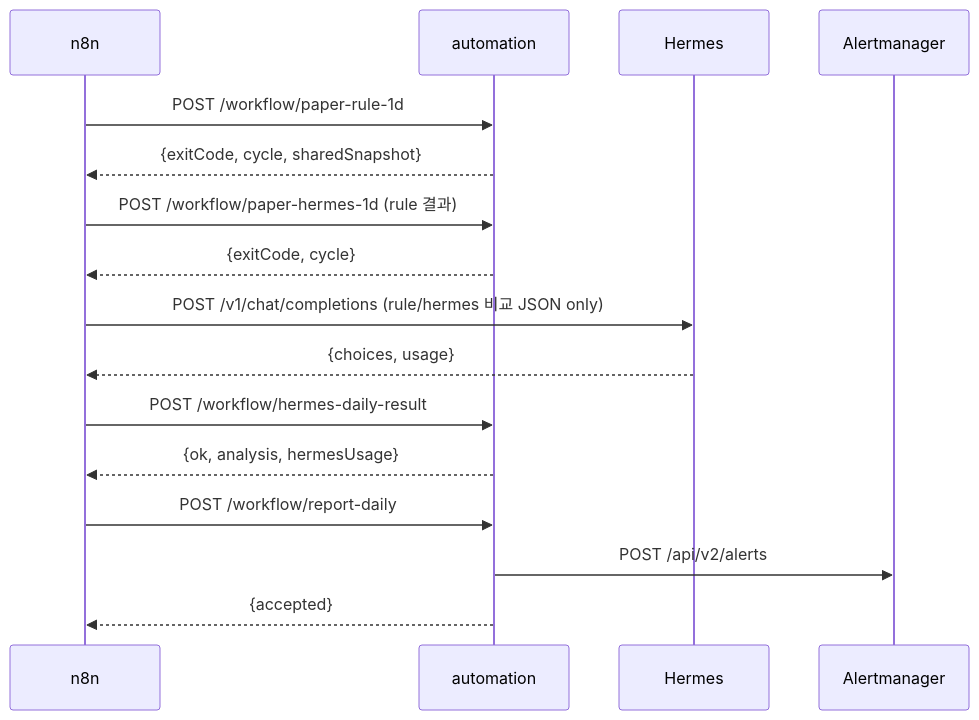
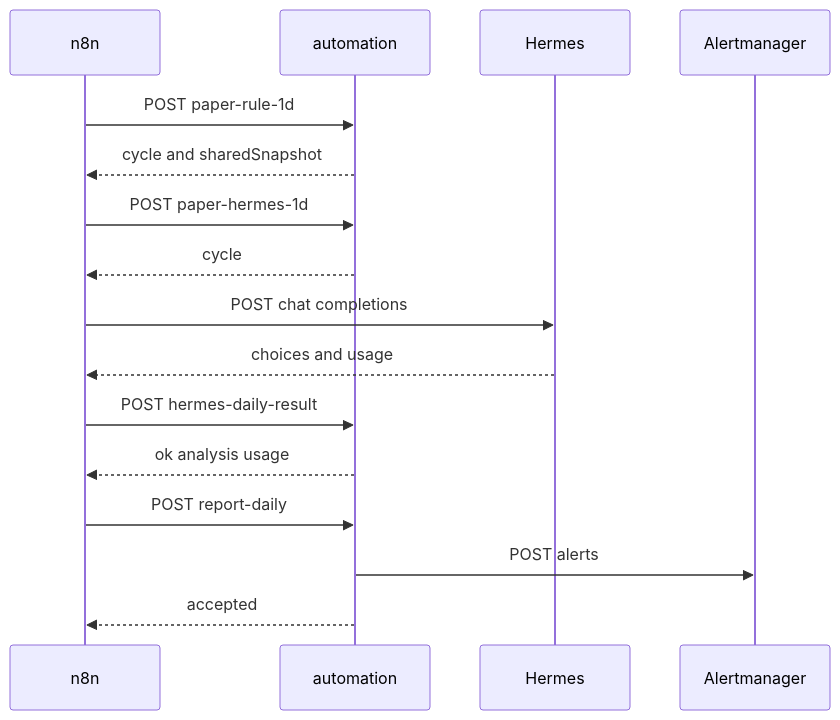
The seventh of 12 diagrams in docs/system-workflow.md (hunchulchoi/toss-trader), drawn with Mermaid before and after one commit. The commit also changed other lines of this file and 12 other files, not shown here.

````diff
--- a/docs/system-workflow.md
+++ b/docs/system-workflow.md
@@ -222,18 +222,18 @@
 ```mermaid
 sequenceDiagram
     participant N as n8n
     participant A as automation
     participant H as Hermes
     participant AM as Alertmanager
-    N->>A: POST /workflow/paper-rule-1d
-    A-->>N: {exitCode, cycle, sharedSnapshot}
-    N->>A: POST /workflow/paper-hermes-1d (rule 결과)
-    A-->>N: {exitCode, cycle}
-    N->>H: POST /v1/chat/completions (rule/hermes 비교 JSON only)
-    H-->>N: {choices, usage}
-    N->>A: POST /workflow/hermes-daily-result
-    A-->>N: {ok, analysis, hermesUsage}
-    N->>A: POST /workflow/report-daily
-    A->>AM: POST /api/v2/alerts
-    A-->>N: {accepted}
+    N->>A: POST paper-rule-1d
+    A-->>N: cycle and sharedSnapshot
+    N->>A: POST paper-hermes-1d
+    A-->>N: cycle
+    N->>H: POST chat completions
+    H-->>N: choices and usage
+    N->>A: POST hermes-daily-result
+    A-->>N: ok analysis usage
+    N->>A: POST report-daily
+    A->>AM: POST alerts
+    A-->>N: accepted
 ```
````
